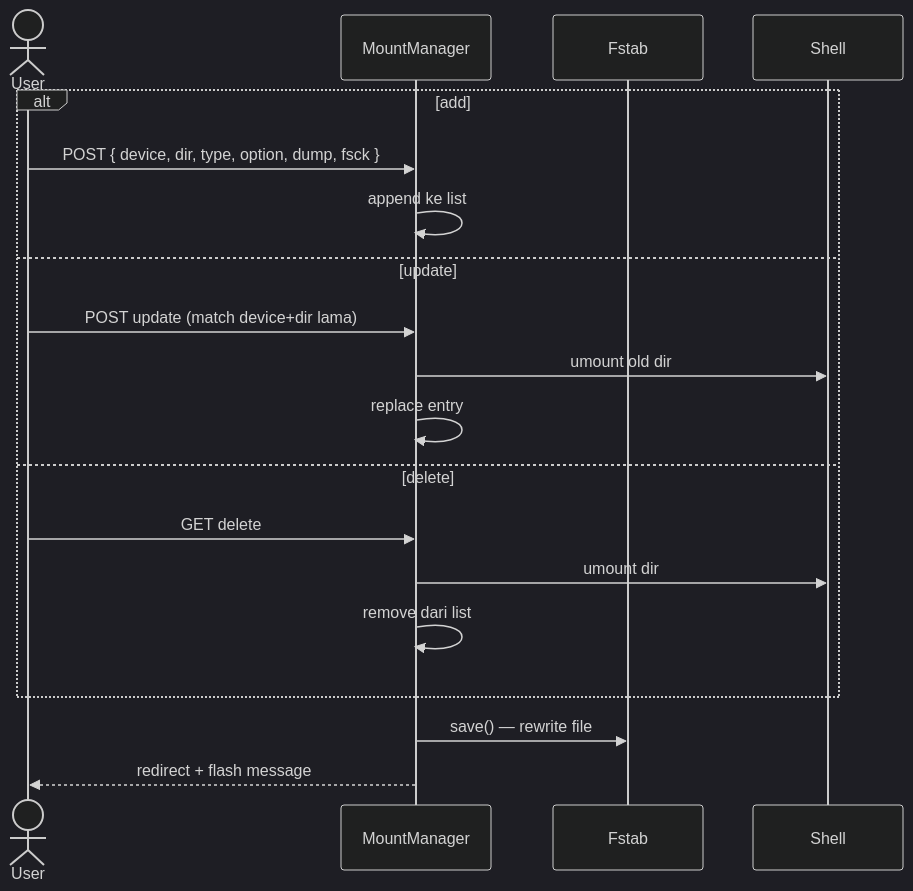
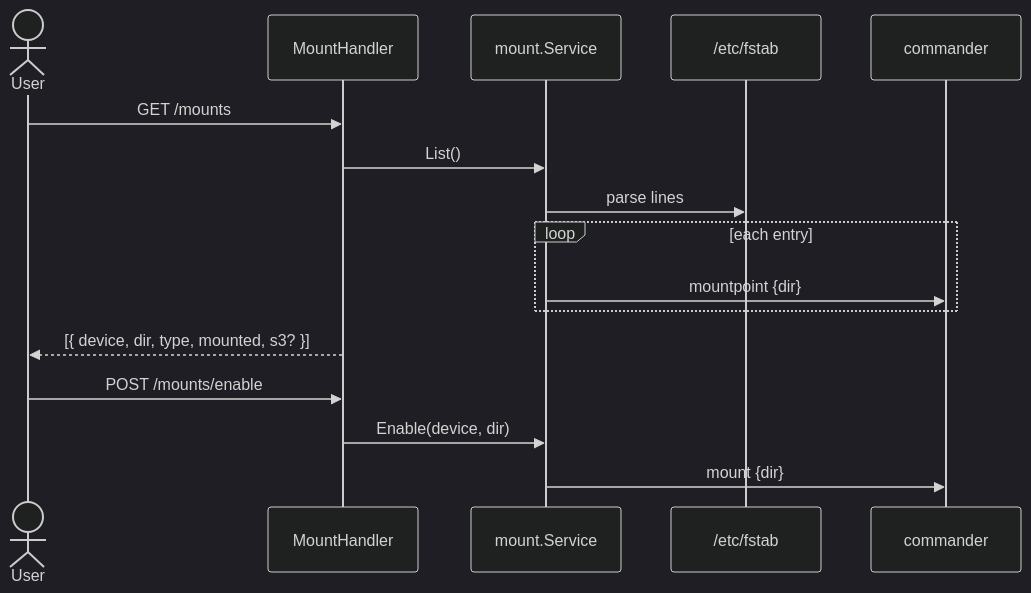
Before and after one commit to jahrulnr/GoSite: the diagram in docs/sequences/12-mount-manager.md, drawn with Mermaid (dark theme). The commit also changed other lines of this file and 107 other files, not shown here.

````diff
--- a/docs/sequences/12-mount-manager.md
+++ b/docs/sequences/12-mount-manager.md
@@ -43,21 +9,20 @@
 ```mermaid
 sequenceDiagram
     actor User
-    participant MM as MountManager
-    participant Fstab
+    participant H as MountHandler
+    participant Svc as mount.Service
+    participant Fstab as /etc/fstab
+    participant Cmd as commander
 
-    alt add
-        User->>MM: POST { device, dir, type, option, dump, fsck }
-        MM->>MM: append ke list
-    else update
-        User->>MM: POST update (match device+dir lama)
-        MM->>Shell: umount old dir
-        MM->>MM: replace entry
-    else delete
-        User->>MM: GET delete
-        MM->>Shell: umount dir
-        MM->>MM: remove dari list
+    User->>H: GET /mounts
+    H->>Svc: List()
+    Svc->>Fstab: parse lines
+    loop each entry
+        Svc->>Cmd: mountpoint {dir}
     end
-    MM->>Fstab: save() — rewrite file
-    MM-->>User: redirect + flash message
+    H-->>User: [{ device, dir, type, mounted, s3? }]
+
+    User->>H: POST /mounts/enable
+    H->>Svc: Enable(device, dir)
+    Svc->>Cmd: mount {dir}
 ```
````
